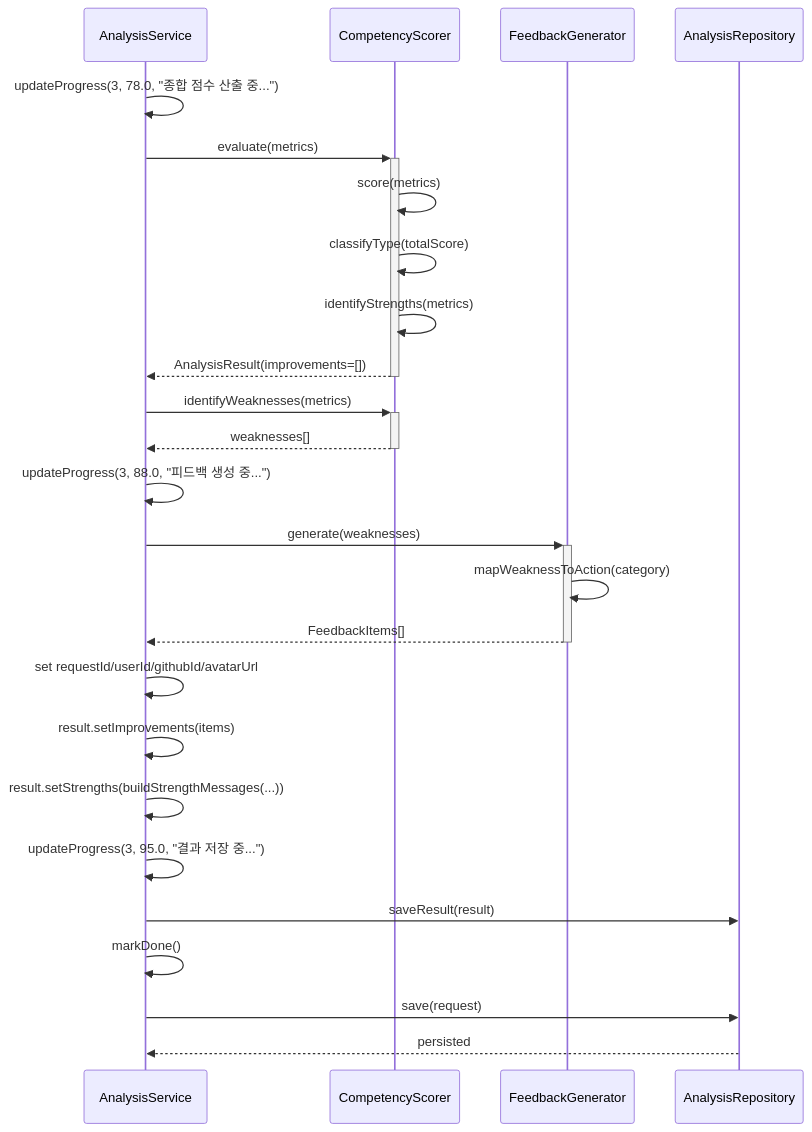
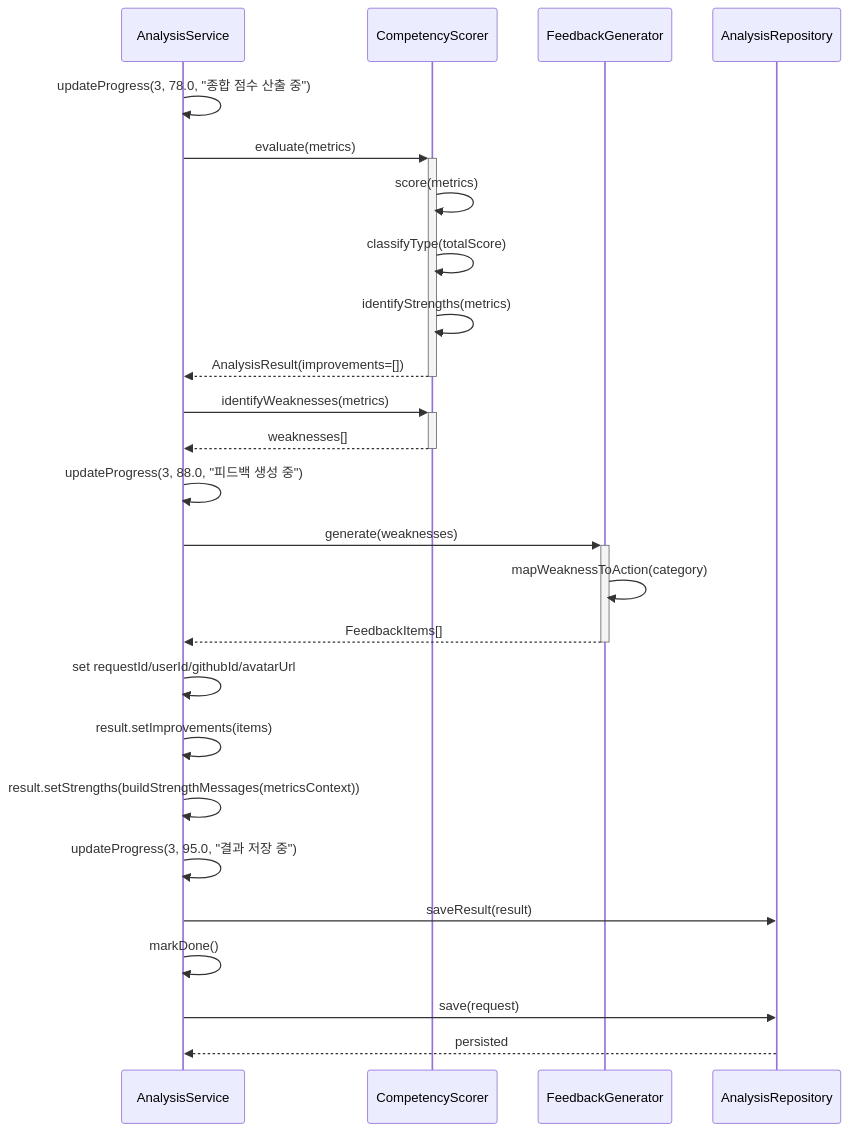
One commit to NotHyoone/OSS_Design changed diagram 16 of 20 in docs/project/[Design]22212046_안효원.md. Above: the diagram before and after it, drawn with Mermaid. The commit also changed other lines of this file and 4 other files, not shown here.

Commit message:
docs: sync project diagrams with implementation

````diff
--- a/docs/project/[Design]22212046_안효원.md
+++ b/docs/project/[Design]22212046_안효원.md
@@ -1813,31 +1818,31 @@
 ```mermaid
 sequenceDiagram
     participant AnalysisSvc as AnalysisService
     participant Scorer as CompetencyScorer
     participant FeedbackGen as FeedbackGenerator
     participant Repo as AnalysisRepository
 
-    AnalysisSvc->>AnalysisSvc: updateProgress(3, 78.0, "종합 점수 산출 중...")
+    AnalysisSvc->>AnalysisSvc: updateProgress(3, 78.0, "종합 점수 산출 중")
     AnalysisSvc->>+Scorer: evaluate(metrics)
     Scorer->>Scorer: score(metrics)
     Scorer->>Scorer: classifyType(totalScore)
     Scorer->>Scorer: identifyStrengths(metrics)
     Scorer-->>-AnalysisSvc: AnalysisResult(improvements=[])
 
     AnalysisSvc->>+Scorer: identifyWeaknesses(metrics)
     Scorer-->>-AnalysisSvc: weaknesses[]
-    AnalysisSvc->>AnalysisSvc: updateProgress(3, 88.0, "피드백 생성 중...")
+    AnalysisSvc->>AnalysisSvc: updateProgress(3, 88.0, "피드백 생성 중")
 
     AnalysisSvc->>+FeedbackGen: generate(weaknesses)
     FeedbackGen->>FeedbackGen: mapWeaknessToAction(category)
     FeedbackGen-->>-AnalysisSvc: FeedbackItems[]
 
     AnalysisSvc->>AnalysisSvc: set requestId/userId/githubId/avatarUrl
     AnalysisSvc->>AnalysisSvc: result.setImprovements(items)
-    AnalysisSvc->>AnalysisSvc: result.setStrengths(buildStrengthMessages(...))
-    AnalysisSvc->>AnalysisSvc: updateProgress(3, 95.0, "결과 저장 중...")
+    AnalysisSvc->>AnalysisSvc: result.setStrengths(buildStrengthMessages(metricsContext))
+    AnalysisSvc->>AnalysisSvc: updateProgress(3, 95.0, "결과 저장 중")
     AnalysisSvc->>Repo: saveResult(result)
     AnalysisSvc->>AnalysisSvc: markDone()
     AnalysisSvc->>Repo: save(request)
     Repo-->>AnalysisSvc: persisted
 ```
````
